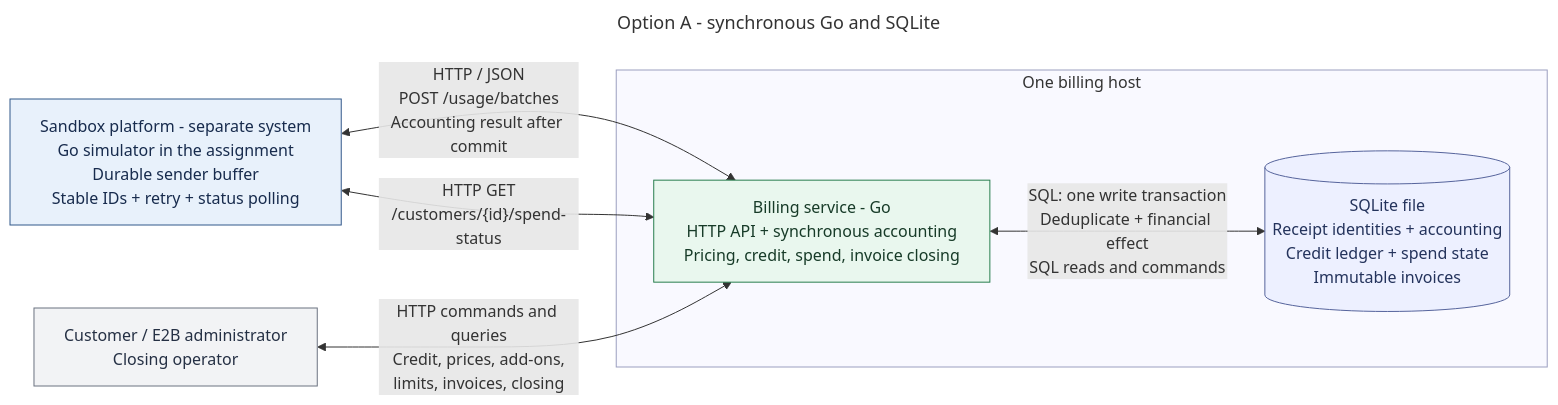
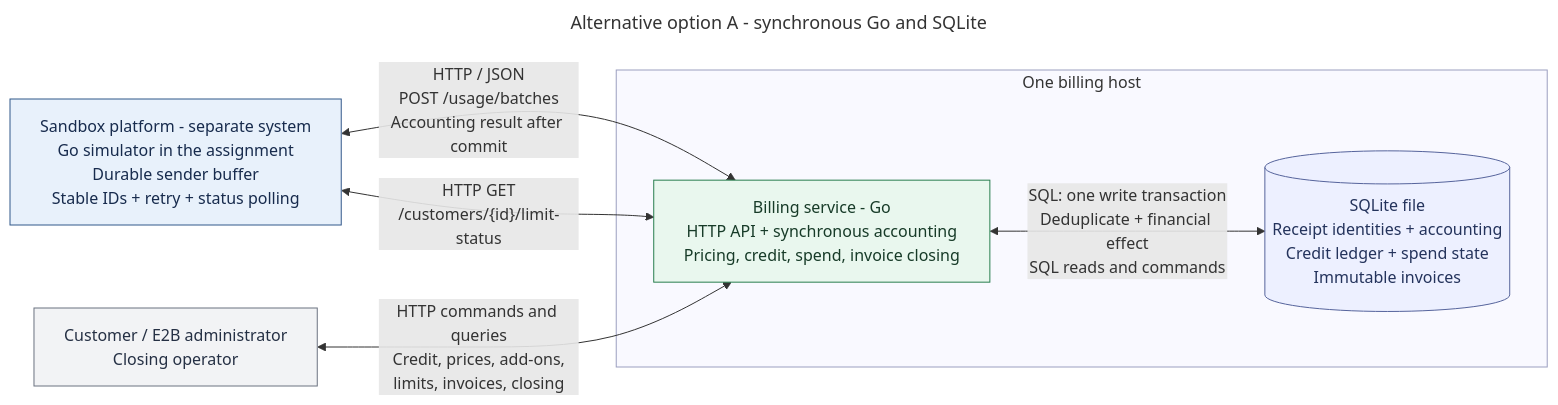
Before and after one commit to pupitooo/e2b-billing-api: the diagram in docs/diagrams/option-a-components/option-a-components.mmd, drawn with Mermaid. The commit also changed 17 other files, not shown here.

```diff
--- a/docs/diagrams/option-a-components/option-a-components.mmd
+++ b/docs/diagrams/option-a-components/option-a-components.mmd
@@ -1,35 +1,35 @@
 ---
-title: Option A - synchronous Go and SQLite
+title: Alternative option A - synchronous Go and SQLite
 config:
   layout: dagre
   flowchart:
     wrappingWidth: 300
     nodeSpacing: 60
     rankSpacing: 75
 ---
 %% Considered alternative; not the selected implementation.
 %% SQLite and its Go service share one billing host.
 %% Receipt identity and financial effects commit together before acknowledgement.
 flowchart LR
     platform["Sandbox platform - separate system<br/>Go simulator in the assignment<br/>Durable sender buffer<br/>Stable IDs + retry + status polling"]
     callers["Customer / E2B administrator<br/>Closing operator"]
 
     subgraph host["One billing host"]
         api["Billing service - Go<br/>HTTP API + synchronous accounting<br/>Pricing, credit, spend, invoice closing"]
         database[("SQLite file<br/>Receipt identities + accounting<br/>Credit ledger + spend state<br/>Immutable invoices")]
         api <-->|"SQL: one write transaction<br/>Deduplicate + financial effect<br/>SQL reads and commands"| database
     end
 
     platform <-->|"HTTP / JSON<br/>POST /usage/batches<br/>Accounting result after commit"| api
-    platform <-->|"HTTP GET<br/>/customers/{id}/spend-status"| api
+    platform <-->|"HTTP GET<br/>/customers/{id}/limit-status"| api
     callers <-->|"HTTP commands and queries<br/>Credit, prices, add-ons,<br/>limits, invoices, closing"| api
 
     classDef platformNode fill:#e8f1fb,stroke:#31588a,color:#172b4d;
     classDef goModule fill:#e9f7ee,stroke:#287d4e,color:#173b28;
     classDef storedData fill:#edf0ff,stroke:#56649c,color:#24335c;
     classDef actor fill:#f2f3f5,stroke:#6b7280,color:#253044;
     class platform platformNode;
     class api goModule;
     class database storedData;
     class callers actor;
     style host fill:#f9f9ff,stroke:#9b9fc0;
```
